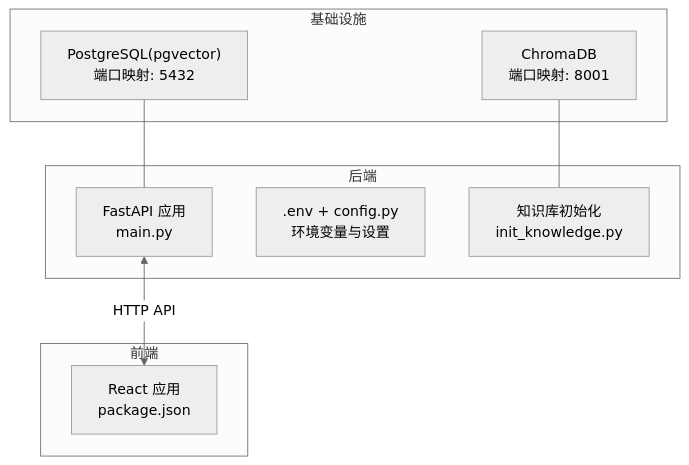
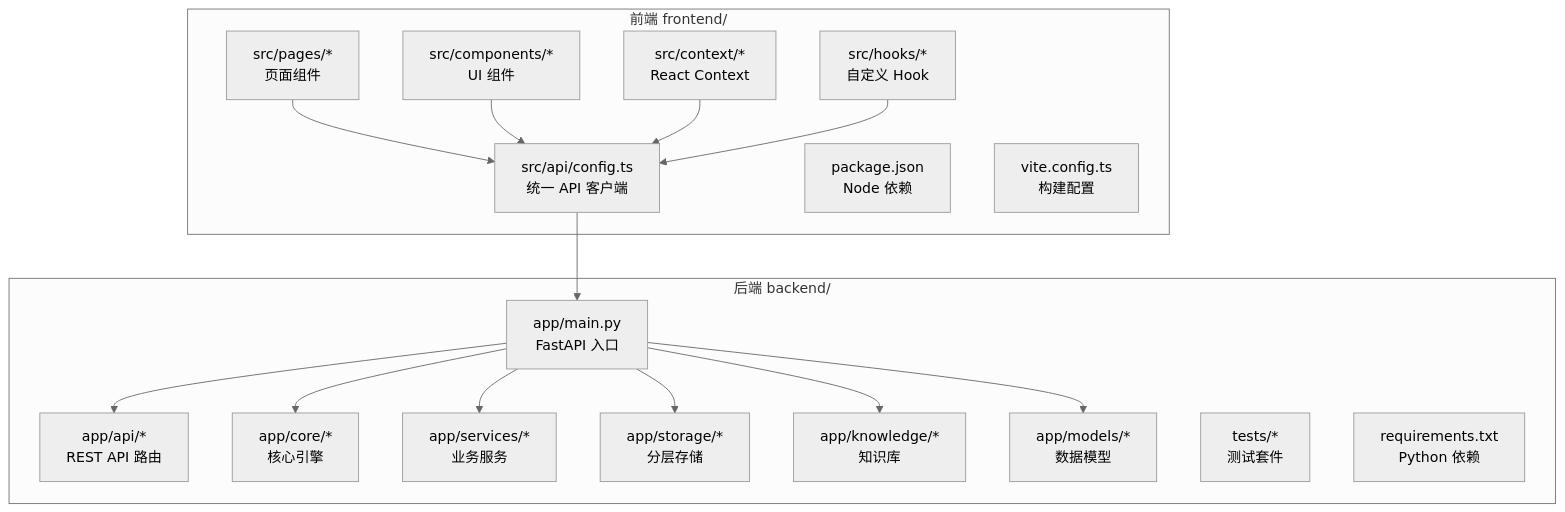
Before and after one commit to angledick/-: the first of 3 diagrams in .qoder/repowiki/zh/content/快速开始.md, drawn with Mermaid (neutral theme). The commit also changed other lines of this file and 879 other files, not shown here.

````diff
--- a/.qoder/repowiki/zh/content/快速开始.md
+++ b/.qoder/repowiki/zh/content/快速开始.md
@@ -47,18 +37,34 @@
 ```mermaid
 graph TB
-subgraph "基础设施"
-DB["PostgreSQL(pgvector)<br/>端口映射: 5432"]
-CHROMA["ChromaDB<br/>端口映射: 8001"]
+subgraph "后端 backend/"
+BE_MAIN["app/main.py<br/>FastAPI 入口"]
+BE_API["app/api/*<br/>REST API 路由"]
+BE_CORE["app/core/*<br/>核心引擎"]
+BE_SERVICES["app/services/*<br/>业务服务"]
+BE_STORAGE["app/storage/*<br/>分层存储"]
+BE_KNOWLEDGE["app/knowledge/*<br/>知识库"]
+BE_MODELS["app/models/*<br/>数据模型"]
+BE_TESTS["tests/*<br/>测试套件"]
+BE_REQ["requirements.txt<br/>Python 依赖"]
 end
-subgraph "后端"
-FASTAPI["FastAPI 应用<br/>main.py"]
-CONFIG[".env + config.py<br/>环境变量与设置"]
-KNOWLEDGE["知识库初始化<br/>init_knowledge.py"]
+subgraph "前端 frontend/"
+FE_PAGES["src/pages/*<br/>页面组件"]
+FE_COMPONENTS["src/components/*<br/>UI 组件"]
+FE_CONTEXT["src/context/*<br/>React Context"]
+FE_HOOKS["src/hooks/*<br/>自定义 Hook"]
+FE_API["src/api/config.ts<br/>统一 API 客户端"]
+FE_PKG["package.json<br/>Node 依赖"]
+FE_VITE["vite.config.ts<br/>构建配置"]
 end
-subgraph "前端"
-REACT["React 应用<br/>package.json"]
-end
-DB --- FASTAPI
-CHROMA --- KNOWLEDGE
-FASTAPI <-- "HTTP API" --> REACT
+FE_PAGES --> FE_API
+FE_COMPONENTS --> FE_API
+FE_CONTEXT --> FE_API
+FE_HOOKS --> FE_API
+FE_API --> BE_MAIN
+BE_MAIN --> BE_API
+BE_MAIN --> BE_CORE
+BE_MAIN --> BE_SERVICES
+BE_MAIN --> BE_STORAGE
+BE_MAIN --> BE_KNOWLEDGE
+BE_MAIN --> BE_MODELS
 ```
````
